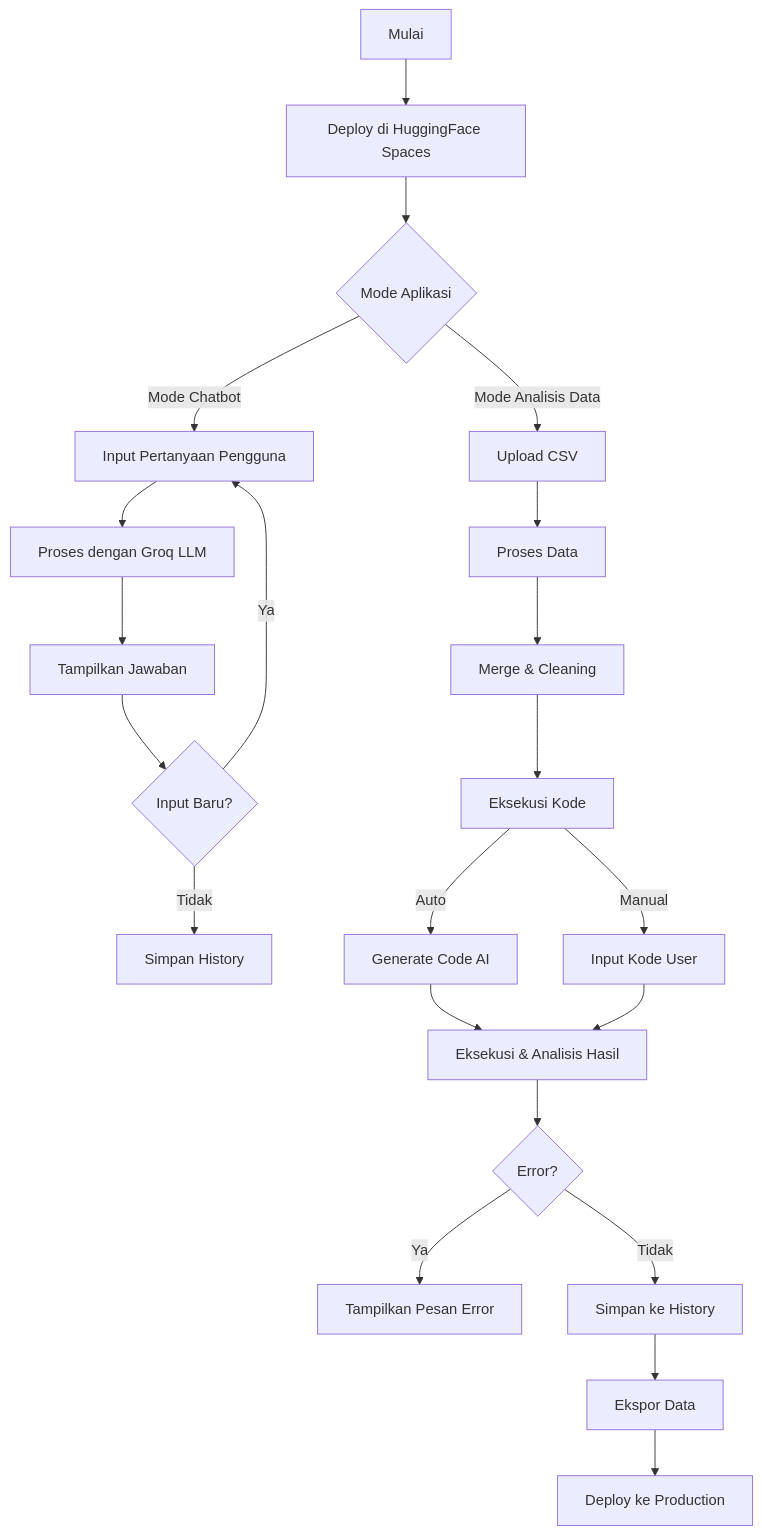
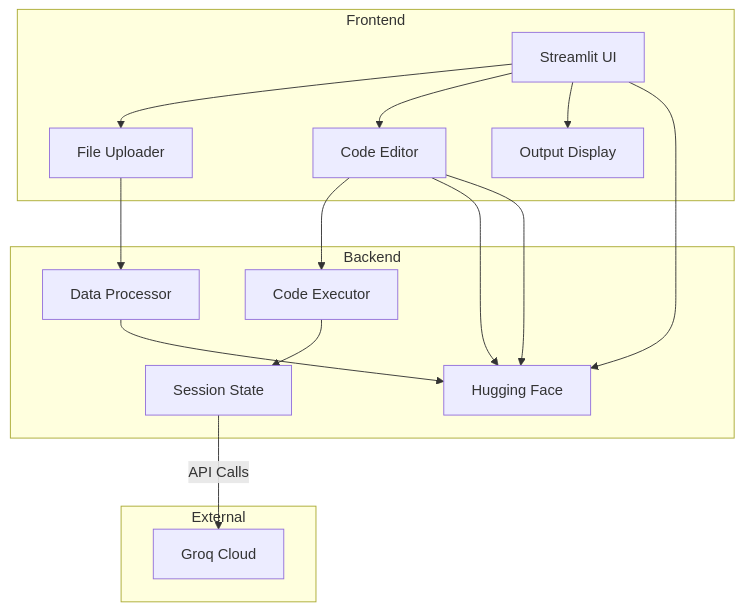
One commit to ardiannurcahya/DataCoder-AI changed the diagram in README.md. Above: the diagram before and after it, drawn with Mermaid.

````diff
--- a/README.md
+++ b/README.md
@@ -64,29 +64,22 @@
 ```mermaid
 flowchart TB
-    A[Mulai] --> B[Deploy di HuggingFace Spaces]
-    B --> C{Mode Aplikasi}
-    C -->|Mode Chatbot| D[Input Pertanyaan Pengguna]
-    C -->|Mode Analisis Data| E[Upload CSV]
-    
-    %% Flow Chatbot
-    D --> F[Proses dengan Groq LLM]
-    F --> G[Tampilkan Jawaban]
-    G --> H{Input Baru?}
-    H -->|Ya| D
-    H -->|Tidak| I[Simpan History]
-    
-    %% Flow Analisis Data
-    E --> J[Proses Data]
-    J --> K[Merge & Cleaning]
-    K --> L[Eksekusi Kode]
-    L -->|Auto| M[Generate Code AI]
-    L -->|Manual| N[Input Kode User]
-    M --> O[Eksekusi & Analisis Hasil]
-    N --> O
-    O --> P{Error?}
-    P -->|Ya| Q[Tampilkan Pesan Error]
-    P -->|Tidak| R[Simpan ke History]
-    R --> S[Ekspor Data]
-    
-    S --> T[Deploy ke Production]
+     subgraph Frontend
+         A[Streamlit UI] --> B[File Uploader]
+         A --> C[Code Editor]
+         A --> D[Output Display]
+     end
+ 
+     subgraph Backend
+         B --> E[Data Processor]
+         C --> F[Code Executor]
+         C --> G[Groq LLM API]
+         F --> H[Session State]
+         E --> G[Hugging Face]
+         C --> G[Hugging Face]
+         A --> G[Hugging Face]
+     end
+ 
+     subgraph External
+         H -->|API Calls| I[Groq Cloud]
+     end
 ```
````
